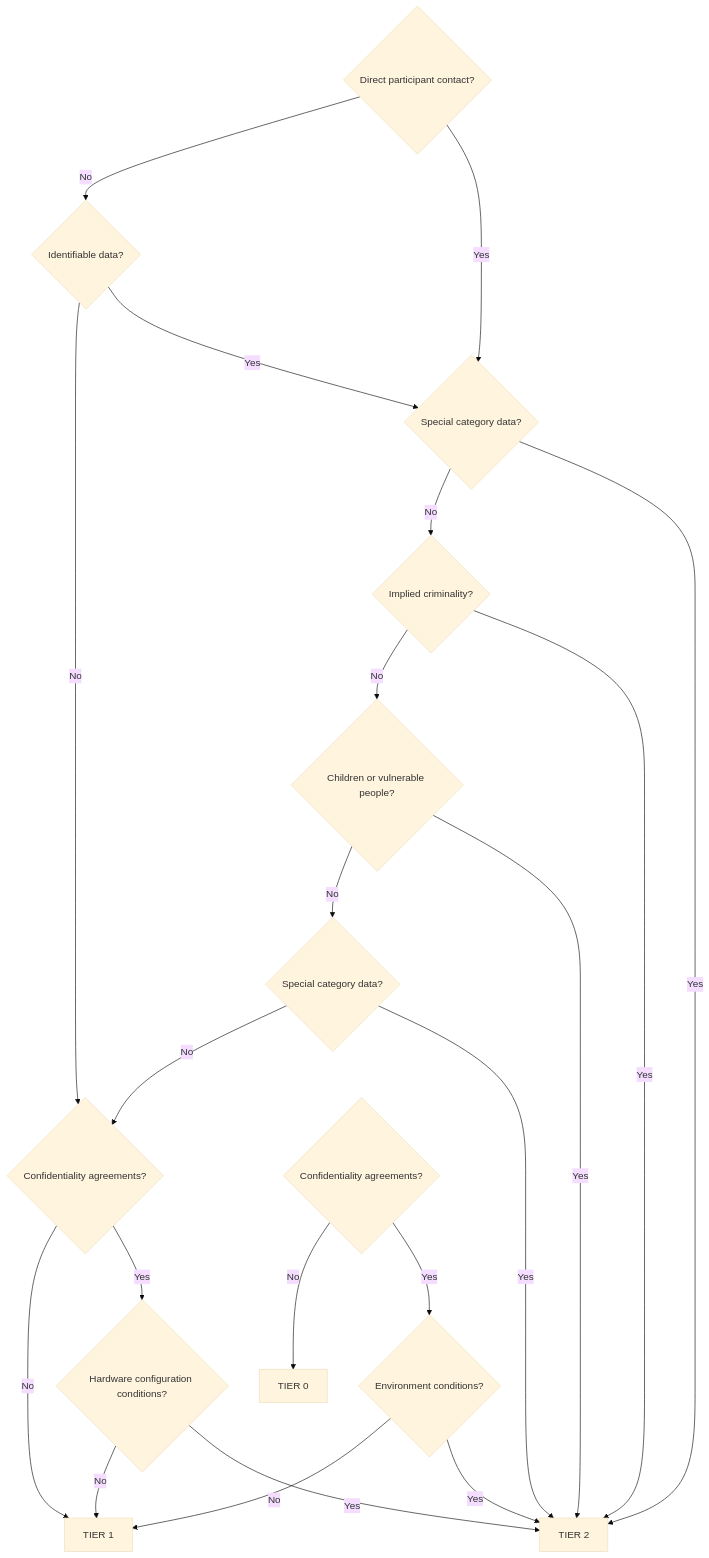
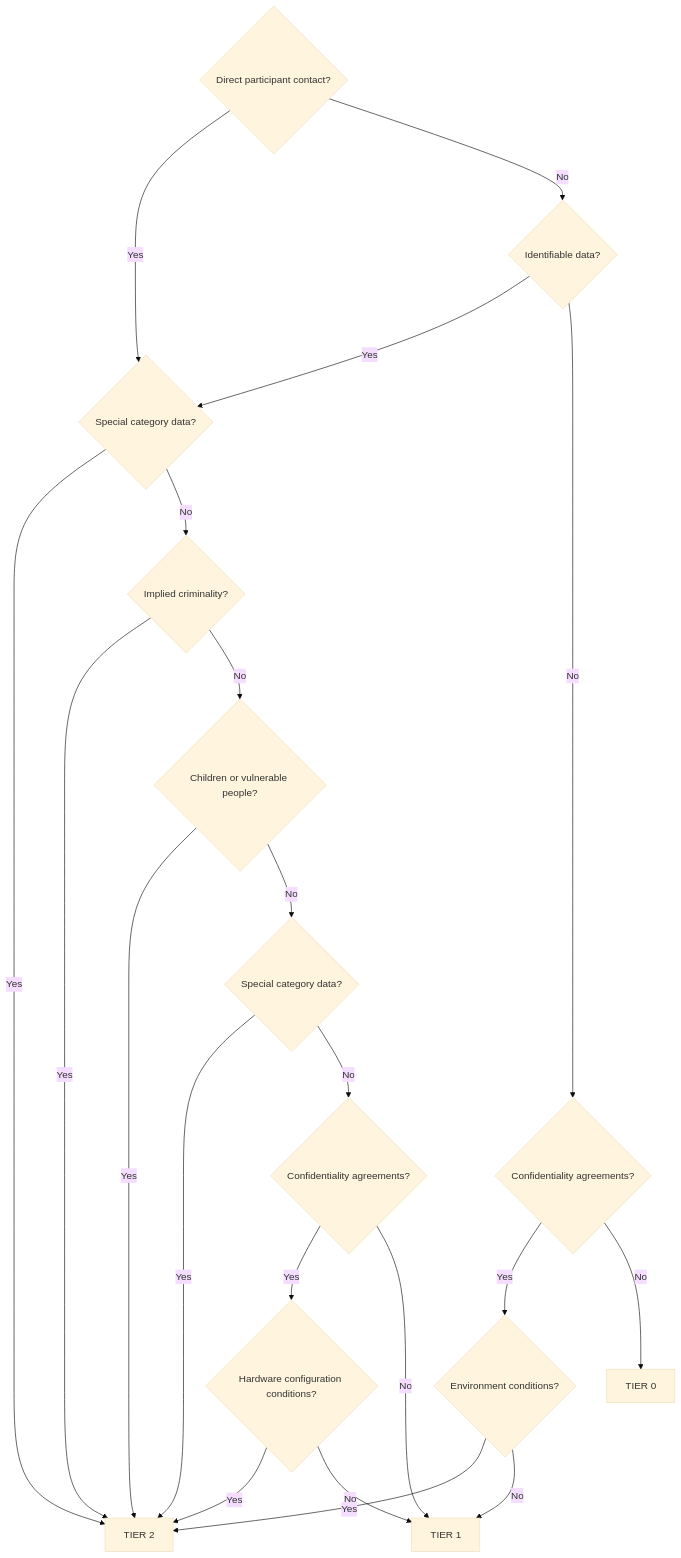
Before and after one commit to UCL-RITS/anonymisation-guidance: the diagram in README.md, drawn with Mermaid (base theme).

Commit message:
Updates flowchart

````diff
--- a/README.md
+++ b/README.md
@@ -2,34 +2,34 @@
 ```mermaid
 flowchart TD
 
 	A{Direct participant contact?};
 	A -- Yes --> C{Special category data?};
 	A -- No --> B{Identifiable data?};
 	B{Identifiable data?};
 	B -- Yes --> C{Special category data?};
-	B -- No --> G{Confidentiality agreements?};
+	B -- No --> I{Confidentiality agreements?};
 	C{Special category data?};
 	C -- Yes --> TIER_2[TIER 2];
 	C -- No --> D{Implied criminality?};
 	D{Implied criminality?};
 	D -- Yes --> TIER_2[TIER 2];
 	D -- No --> E{Children or vulnerable people?};
 	E{Children or vulnerable people?};
 	E -- Yes --> TIER_2[TIER 2];
 	E -- No --> F{Special category data?};
 	F{Special category data?};
 	F -- Yes --> TIER_2[TIER 2];
 	F -- No --> G{Confidentiality agreements?};
 	G{Confidentiality agreements?};
 	G -- Yes --> H{Hardware configuration conditions?};
 	G -- No --> TIER_1[TIER 1];
 	H{Hardware configuration conditions?};
 	H -- Yes --> TIER_2[TIER 2];
 	H -- No --> TIER_1[TIER 1];
 	I{Confidentiality agreements?};
 	I -- Yes --> J{Environment conditions?};
 	I -- No --> TIER_0[TIER 0];
 	J{Environment conditions?};
 	J -- Yes --> TIER_2[TIER 2];
 	J -- No --> TIER_1[TIER 1];
 ```
````
